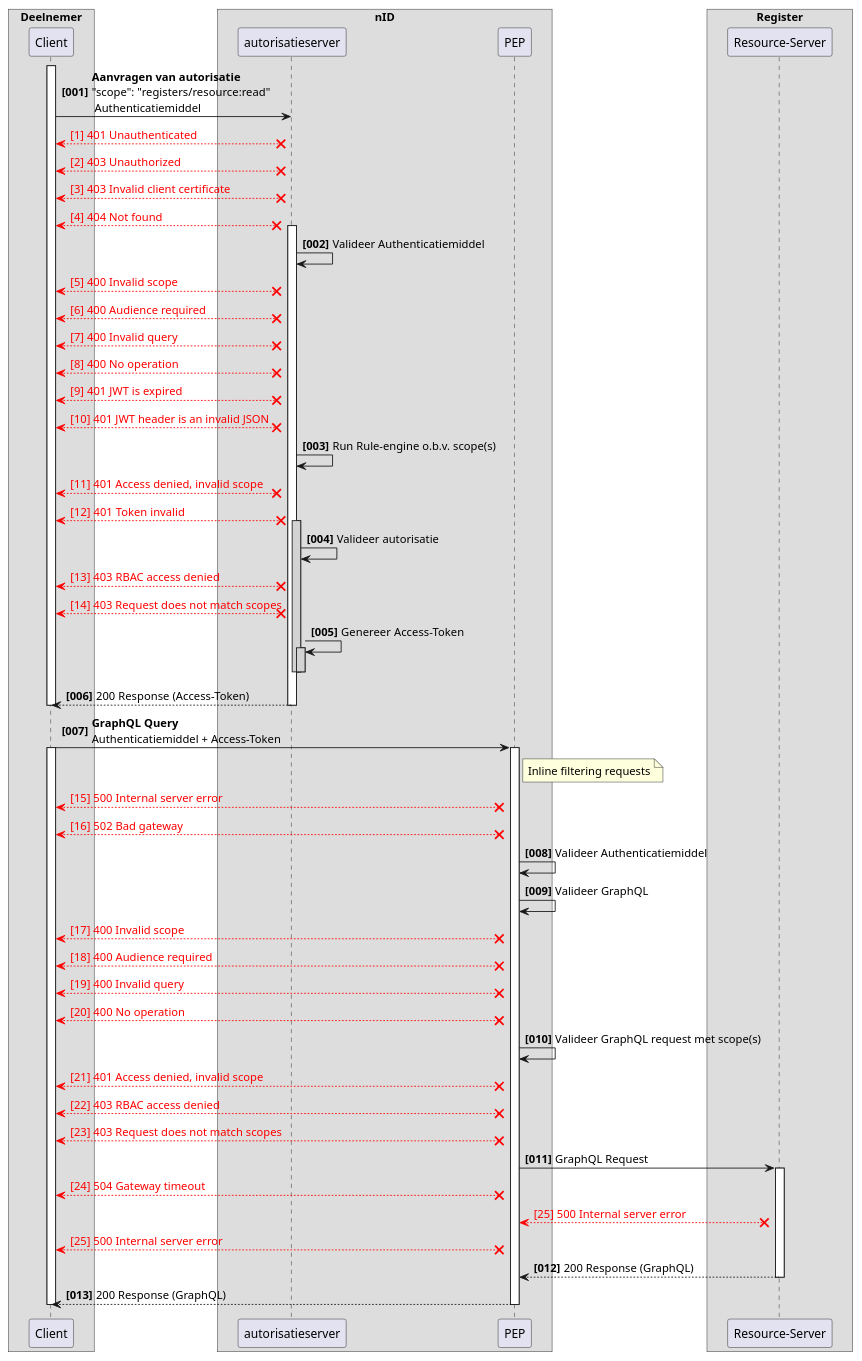
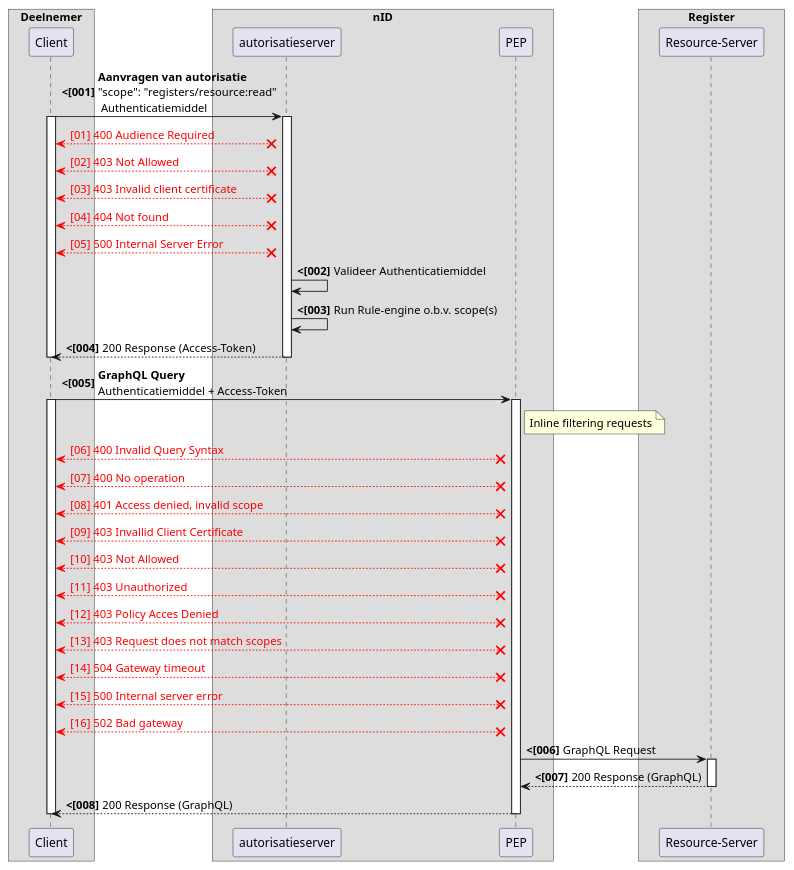
Before and after one commit to iStandaarden/iWlz-RequestForComment: the diagram in plantUMLsrc/rfc0014-02-foutmeldingen_overzicht.puml, drawn with PlantUML. The commit also changed 1 other file, not shown here.

```diff
--- a/plantUMLsrc/rfc0014-02-foutmeldingen_overzicht.puml
+++ b/plantUMLsrc/rfc0014-02-foutmeldingen_overzicht.puml
@@ -1,106 +1,70 @@
 @startuml rfc0014-2-foutmeldingen_overzicht
 ' !pragma teoz true
 
 skinparam ParticipantPadding 20
 skinparam BoxPadding 10
 
 box "Deelnemer"
     participant "Client" as Client
 end box
 
 box "nID"
     participant "autorisatieserver" as AuthzServer
     participant "PEP" as Filter
 end box
 
 box "Register"
     participant "Resource-Server" as resourceserver
 end box
 
-autonumber "<b>[000]"
+autonumber "<b><[000]"
+
+Client -> AuthzServer: **Aanvragen van autorisatie**\n"scope": "registers/resource:read"\n Authenticatiemiddel
 activate Client
-Client -> AuthzServer: **Aanvragen van autorisatie**\n"scope": "registers/resource:read"\n Authenticatiemiddel
+activate AuthzServer
+autonumber stop
 
-autonumber stop
-Client <-[#red]-X AuthzServer:<color:red>[1] 401 Unauthenticated
-Client <-[#red]-X AuthzServer:<color:red>[2] 403 Unauthorized
-Client <-[#red]-X AuthzServer:<color:red>[3] 403 Invalid client certificate
-Client <-[#red]-X AuthzServer:<color:red>[4] 404 Not found
+Client <-[#red]-X AuthzServer:<color:red>[01] 400 Audience Required
+Client <-[#red]-X AuthzServer:<color:red>[02] 403 Not Allowed
+Client <-[#red]-X AuthzServer:<color:red>[03] 403 Invalid client certificate
+Client <-[#red]-X AuthzServer:<color:red>[04] 404 Not found
+Client <-[#red]-X AuthzServer:<color:red>[05] 500 Internal Server Error
 autonumber resume
 
-activate AuthzServer
+
 AuthzServer -> AuthzServer: Valideer Authenticatiemiddel
-autonumber stop
-Client <-[#red]-X AuthzServer:<color:red>[5] 400 Invalid scope
-Client <-[#red]-X AuthzServer:<color:red>[6] 400 Audience required
-Client <-[#red]-X AuthzServer:<color:red>[7] 400 Invalid query
-Client <-[#red]-X AuthzServer:<color:red>[8] 400 No operation
-Client <-[#red]-X AuthzServer:<color:red>[9] 401 JWT is expired
-Client <-[#red]-X AuthzServer:<color:red>[10] 401 JWT header is an invalid JSON
-autonumber resume
-
 AuthzServer -> AuthzServer: Run Rule-engine o.b.v. scope(s)
-autonumber stop
-Client <-[#red]-X AuthzServer:<color:red>[11] 401 Access denied, invalid scope
-Client <-[#red]-X AuthzServer:<color:red>[12] 401 Token invalid
-autonumber resume
-activate AuthzServer #LightGray
-AuthzServer -> AuthzServer: Valideer autorisatie
-autonumber stop
-Client <-[#red]-X AuthzServer:<color:red>[13] 403 RBAC access denied
-Client <-[#red]-X AuthzServer:<color:red>[14] 403 Request does not match scopes
-autonumber resume
-
-AuthzServer -> AuthzServer: Genereer Access-Token
-activate AuthzServer #LightGray
-deactivate AuthzServer
-deactivate AuthzServer
 AuthzServer --> Client --: 200 Response (Access-Token)
 deactivate AuthzServer
 deactivate Client
 
 Client -> Filter: **GraphQL Query**\nAuthenticatiemiddel + Access-Token
-
+activate Client
 activate Filter
 note right of Filter: Inline filtering requests
-activate Client
+
 autonumber stop
+    Client <-[#red]-X Filter: <color:red>[06] 400 Invalid Query Syntax
+    Client <-[#red]-X Filter: <color:red>[07] 400 No operation
+    Client <-[#red]-X Filter: <color:red>[08] 401 Access denied, invalid scope
+    Client <-[#red]-X Filter: <color:red>[09] 403 Invallid Client Certificate
+    Client <-[#red]-X Filter: <color:red>[10] 403 Not Allowed
+    Client <-[#red]-X Filter: <color:red>[11] 403 Unauthorized
+    Client <-[#red]-X Filter: <color:red>[12] 403 Policy Acces Denied
+    Client <-[#red]-X Filter: <color:red>[13] 403 Request does not match scopes
+    Client <-[#red]-X Filter: <color:red>[14] 504 Gateway timeout
     Client <-[#red]-X Filter: <color:red>[15] 500 Internal server error
     Client <-[#red]-X Filter: <color:red>[16] 502 Bad gateway
-autonumber resume
 
-Filter -> Filter: Valideer Authenticatiemiddel
-
-Filter -> Filter: Valideer GraphQL
-autonumber stop
-    Client <-[#red]-X Filter: <color:red>[17] 400 Invalid scope
-    Client <-[#red]-X Filter: <color:red>[18] 400 Audience required
-    Client <-[#red]-X Filter: <color:red>[19] 400 Invalid query
-    Client <-[#red]-X Filter: <color:red>[20] 400 No operation
-autonumber resume
-
-Filter -> Filter: Valideer GraphQL request met scope(s)
-
-autonumber stop
-    Client <-[#red]-X Filter: <color:red>[21] 401 Access denied, invalid scope
-    Client <-[#red]-X Filter: <color:red>[22] 403 RBAC access denied
-    Client <-[#red]-X Filter: <color:red>[23] 403 Request does not match scopes
 autonumber resume
 
 Filter -> resourceserver: GraphQL Request
-
 activate resourceserver
-autonumber stop
-    Client <-[#red]-X Filter: <color:red>[24] 504 Gateway timeout
-    Filter <-[#red]-X resourceserver: <color:red>[25] 500 Internal server error
-    Client <-[#red]-X Filter: <color:red>[25] 500 Internal server error
-autonumber resume
-
 resourceserver --> Filter: 200 Response (GraphQL)
 deactivate resourceserver
 
 Filter --> Client: 200 Response (GraphQL)
 deactivate Filter
+deactivate Client
 
-deactivate Client
 @enduml
```
